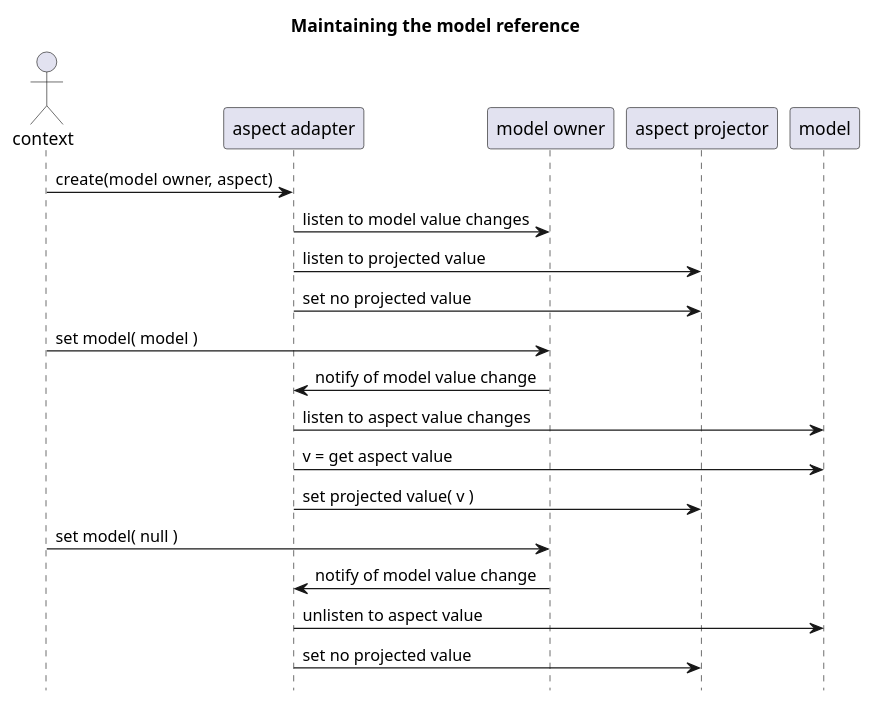
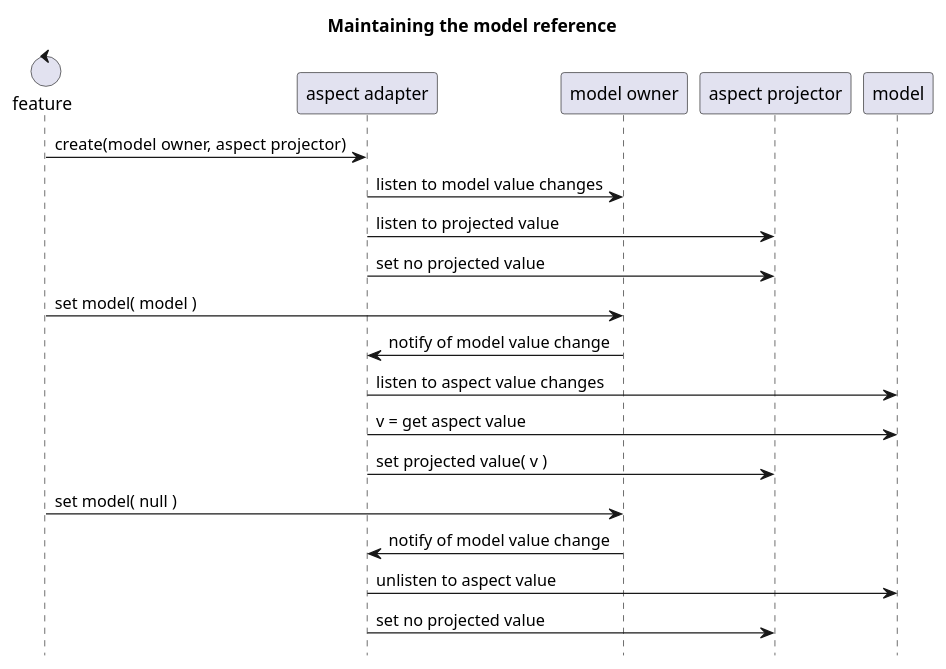
One commit to goranstack/esox changed the second of 8 diagrams in gh-pages/src/main/asciidoc/index.adoc. Above: the diagram before and after it, drawn with PlantUML. The commit also changed other lines of this file and 1 other file, not shown here.

```diff
--- a/gh-pages/src/main/asciidoc/index.adoc
+++ b/gh-pages/src/main/asciidoc/index.adoc
@@ -62,24 +65,24 @@
 [plantuml, model-reference, svg]
 ....
 @startuml
 
 hide footbox
 title Maintaining the model reference
 
-actor context
+control feature
 
-context -> "aspect adapter" : create(model owner, aspect)
+feature -> "aspect adapter" : create(model owner, aspect projector)
 "aspect adapter" -> "model owner" : listen to model value changes
 "aspect adapter" -> "aspect projector" : listen to projected value
 "aspect adapter" -> "aspect projector" : set no projected value
-context -> "model owner" : set model( model )
+feature -> "model owner" : set model( model )
 "model owner" -> "aspect adapter" : notify of model value change
 "aspect adapter" -> model : listen to aspect value changes
 "aspect adapter" -> model : v = get aspect value
 "aspect adapter" -> "aspect projector": set projected value( v )
-context -> "model owner" : set model( null )
+feature -> "model owner" : set model( null )
 "model owner" -> "aspect adapter" : notify of model value change
 "aspect adapter" -> model : unlisten to aspect value
 "aspect adapter" -> "aspect projector" : set no projected value
 @enduml
 ....
```
